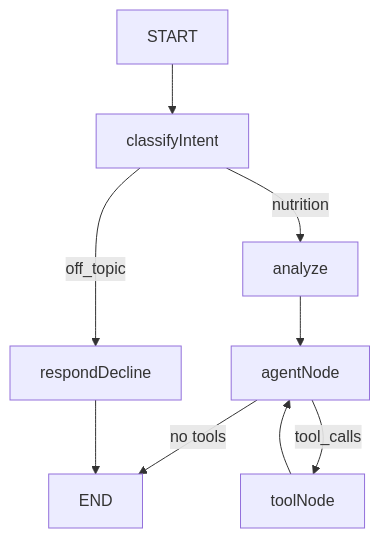
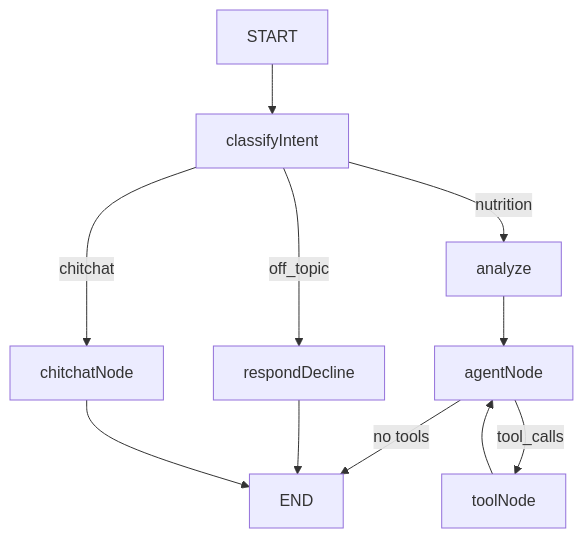
One commit to rjacaac211/nutriguide-ai changed the diagram in ai-agent-ts/README.md. Above: the diagram before and after it, drawn with Mermaid. The commit also changed other lines of this file and 3 other files, not shown here.

First line of the commit message:
feat(agent): add chitchat intent for greetings and small talk

````diff
--- a/ai-agent-ts/README.md
+++ b/ai-agent-ts/README.md
@@ -7,11 +7,13 @@
 ```mermaid
 flowchart TD
     START --> classifyIntent
     classifyIntent -->|off_topic| respondDecline
+    classifyIntent -->|chitchat| chitchatNode
     classifyIntent -->|nutrition| analyze
     analyze --> agentNode
     agentNode -->|tool_calls| toolNode
     toolNode --> agentNode
     agentNode -->|no tools| END
     respondDecline --> END
+    chitchatNode --> END
 ```
````
